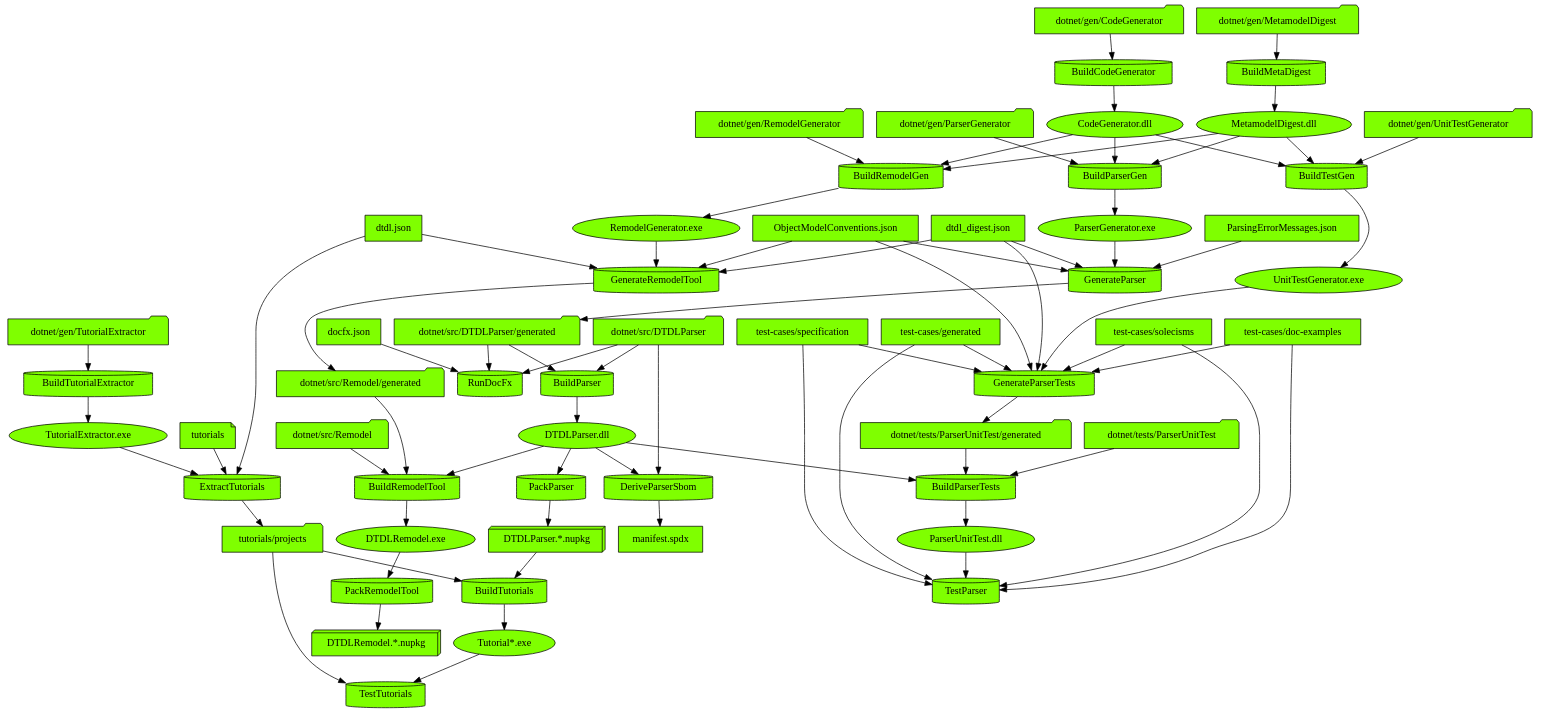
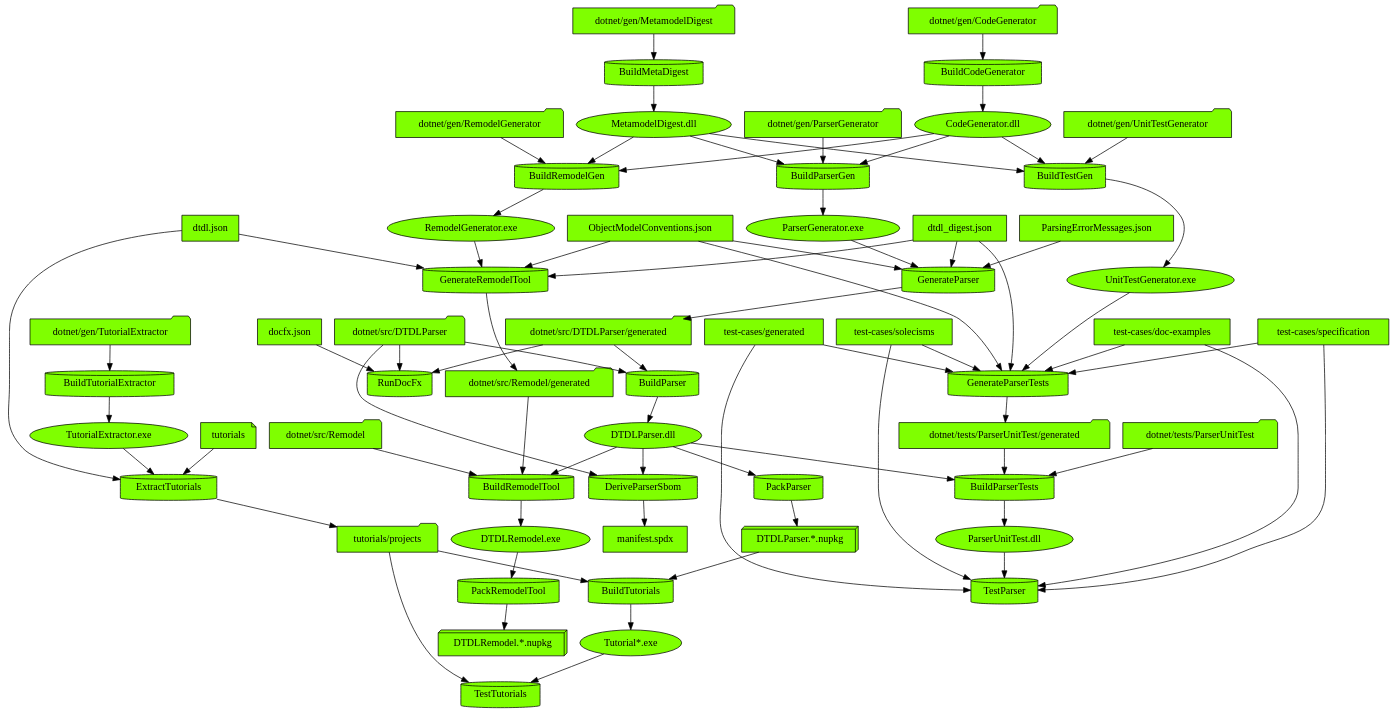
One commit to digitaltwinconsortium/DTDLParser changed the diagram in images/input/generated/DevelopFlowDiagram.dot. Above: the diagram before and after it, drawn with Graphviz. The commit also changed other lines of this file and 3673 other files, not shown here.

```diff
--- a/images/input/generated/DevelopFlowDiagram.dot
+++ b/images/input/generated/DevelopFlowDiagram.dot
@@ -1,131 +1,131 @@
 digraph {
   {
+    "BuildCodeGenerator" [shape=cylinder style=filled fillcolor=chartreuse]
+    "BuildMetaDigest" [shape=cylinder style=filled fillcolor=chartreuse]
+    "BuildParser" [shape=cylinder style=filled fillcolor=chartreuse]
     "BuildParserGen" [shape=cylinder style=filled fillcolor=chartreuse]
+    "BuildParserTests" [shape=cylinder style=filled fillcolor=chartreuse]
+    "BuildRemodelGen" [shape=cylinder style=filled fillcolor=chartreuse]
     "BuildRemodelTool" [shape=cylinder style=filled fillcolor=chartreuse]
+    "BuildTestGen" [shape=cylinder style=filled fillcolor=chartreuse]
+    "BuildTutorialExtractor" [shape=cylinder style=filled fillcolor=chartreuse]
+    "BuildTutorials" [shape=cylinder style=filled fillcolor=chartreuse]
+    "DeriveParserSbom" [shape=cylinder style=filled fillcolor=chartreuse]
     "ExtractTutorials" [shape=cylinder style=filled fillcolor=chartreuse]
-    "BuildTutorialExtractor" [shape=cylinder style=filled fillcolor=chartreuse]
+    "GenerateParser" [shape=cylinder style=filled fillcolor=chartreuse]
+    "GenerateParserTests" [shape=cylinder style=filled fillcolor=chartreuse]
+    "GenerateRemodelTool" [shape=cylinder style=filled fillcolor=chartreuse]
     "PackParser" [shape=cylinder style=filled fillcolor=chartreuse]
-    "BuildParserTests" [shape=cylinder style=filled fillcolor=chartreuse]
     "PackRemodelTool" [shape=cylinder style=filled fillcolor=chartreuse]
     "RunDocFx" [shape=cylinder style=filled fillcolor=chartreuse]
     "TestParser" [shape=cylinder style=filled fillcolor=chartreuse]
-    "GenerateParser" [shape=cylinder style=filled fillcolor=chartreuse]
     "TestTutorials" [shape=cylinder style=filled fillcolor=chartreuse]
-    "BuildRemodelGen" [shape=cylinder style=filled fillcolor=chartreuse]
-    "GenerateParserTests" [shape=cylinder style=filled fillcolor=chartreuse]
-    "DeriveParserSbom" [shape=cylinder style=filled fillcolor=chartreuse]
-    "BuildTutorials" [shape=cylinder style=filled fillcolor=chartreuse]
-    "BuildParser" [shape=cylinder style=filled fillcolor=chartreuse]
-    "BuildMetaDigest" [shape=cylinder style=filled fillcolor=chartreuse]
-    "BuildCodeGenerator" [shape=cylinder style=filled fillcolor=chartreuse]
-    "BuildTestGen" [shape=cylinder style=filled fillcolor=chartreuse]
-    "GenerateRemodelTool" [shape=cylinder style=filled fillcolor=chartreuse]
+    "dotnet/gen/CodeGenerator" [shape=folder style=filled fillcolor=chartreuse]
+    "CodeGenerator.dll" [shape=ellipse style=filled fillcolor=chartreuse]
+    "dotnet/gen/MetamodelDigest" [shape=folder style=filled fillcolor=chartreuse]
+    "MetamodelDigest.dll" [shape=ellipse style=filled fillcolor=chartreuse]
+    "dotnet/src/DTDLParser" [shape=folder style=filled fillcolor=chartreuse]
+    "dotnet/src/DTDLParser/generated" [shape=folder style=filled fillcolor=chartreuse]
+    "DTDLParser.dll" [shape=ellipse style=filled fillcolor=chartreuse]
     "dotnet/gen/ParserGenerator" [shape=folder style=filled fillcolor=chartreuse]
-    "MetamodelDigest.dll" [shape=ellipse style=filled fillcolor=chartreuse]
-    "CodeGenerator.dll" [shape=ellipse style=filled fillcolor=chartreuse]
     "ParserGenerator.exe" [shape=ellipse style=filled fillcolor=chartreuse]
-    "dotnet/src/Remodel" [shape=folder style=filled fillcolor=chartreuse]
-    "dotnet/src/Remodel/generated" [shape=folder style=filled fillcolor=chartreuse]
-    "DTDLParser.dll" [shape=ellipse style=filled fillcolor=chartreuse]
-    "DTDLRemodel.exe" [shape=ellipse style=filled fillcolor=chartreuse]
-    "TutorialExtractor.exe" [shape=ellipse style=filled fillcolor=chartreuse]
-    "dtdl.json" [shape=box style=filled fillcolor=chartreuse]
-    "tutorials" [shape=note style=filled fillcolor=chartreuse]
-    "tutorials/projects" [shape=folder style=filled fillcolor=chartreuse]
-    "dotnet/gen/TutorialExtractor" [shape=folder style=filled fillcolor=chartreuse]
-    "DTDLParser.*.nupkg" [shape=box3d style=filled fillcolor=chartreuse]
     "dotnet/tests/ParserUnitTest" [shape=folder style=filled fillcolor=chartreuse]
     "dotnet/tests/ParserUnitTest/generated" [shape=folder style=filled fillcolor=chartreuse]
     "ParserUnitTest.dll" [shape=ellipse style=filled fillcolor=chartreuse]
-    "DTDLRemodel.*.nupkg" [shape=box3d style=filled fillcolor=chartreuse]
-    "dotnet/src/DTDLParser" [shape=folder style=filled fillcolor=chartreuse]
-    "dotnet/src/DTDLParser/generated" [shape=folder style=filled fillcolor=chartreuse]
-    "docfx.json" [shape=box style=filled fillcolor=chartreuse]
+    "dotnet/gen/RemodelGenerator" [shape=folder style=filled fillcolor=chartreuse]
+    "RemodelGenerator.exe" [shape=ellipse style=filled fillcolor=chartreuse]
+    "dotnet/src/Remodel" [shape=folder style=filled fillcolor=chartreuse]
+    "dotnet/src/Remodel/generated" [shape=folder style=filled fillcolor=chartreuse]
+    "DTDLRemodel.exe" [shape=ellipse style=filled fillcolor=chartreuse]
+    "dotnet/gen/UnitTestGenerator" [shape=folder style=filled fillcolor=chartreuse]
+    "UnitTestGenerator.exe" [shape=ellipse style=filled fillcolor=chartreuse]
+    "dotnet/gen/TutorialExtractor" [shape=folder style=filled fillcolor=chartreuse]
+    "TutorialExtractor.exe" [shape=ellipse style=filled fillcolor=chartreuse]
+    "DTDLParser.*.nupkg" [shape=box3d style=filled fillcolor=chartreuse]
+    "tutorials/projects" [shape=folder style=filled fillcolor=chartreuse]
+    "Tutorial*.exe" [shape=ellipse style=filled fillcolor=chartreuse]
+    "manifest.spdx" [shape=box style=filled fillcolor=chartreuse]
+    "dtdl.json" [shape=box style=filled fillcolor=chartreuse]
+    "tutorials" [shape=note style=filled fillcolor=chartreuse]
+    "dtdl_digest.json" [shape=box style=filled fillcolor=chartreuse]
+    "ObjectModelConventions.json" [shape=box style=filled fillcolor=chartreuse]
+    "ParsingErrorMessages.json" [shape=box style=filled fillcolor=chartreuse]
     "test-cases/generated" [shape=box style=filled fillcolor=chartreuse]
     "test-cases/solecisms" [shape=box style=filled fillcolor=chartreuse]
     "test-cases/doc-examples" [shape=box style=filled fillcolor=chartreuse]
     "test-cases/specification" [shape=box style=filled fillcolor=chartreuse]
-    "dtdl_digest.json" [shape=box style=filled fillcolor=chartreuse]
-    "ObjectModelConventions.json" [shape=box style=filled fillcolor=chartreuse]
-    "ParsingErrorMessages.json" [shape=box style=filled fillcolor=chartreuse]
-    "Tutorial*.exe" [shape=ellipse style=filled fillcolor=chartreuse]
-    "dotnet/gen/RemodelGenerator" [shape=folder style=filled fillcolor=chartreuse]
-    "RemodelGenerator.exe" [shape=ellipse style=filled fillcolor=chartreuse]
-    "UnitTestGenerator.exe" [shape=ellipse style=filled fillcolor=chartreuse]
-    "manifest.spdx" [shape=box style=filled fillcolor=chartreuse]
-    "dotnet/gen/MetamodelDigest" [shape=folder style=filled fillcolor=chartreuse]
-    "dotnet/gen/CodeGenerator" [shape=folder style=filled fillcolor=chartreuse]
-    "dotnet/gen/UnitTestGenerator" [shape=folder style=filled fillcolor=chartreuse]
+    "DTDLRemodel.*.nupkg" [shape=box3d style=filled fillcolor=chartreuse]
+    "docfx.json" [shape=box style=filled fillcolor=chartreuse]
   }
+  "dotnet/gen/CodeGenerator" -> "BuildCodeGenerator"
+  "BuildCodeGenerator" -> "CodeGenerator.dll"
+  "dotnet/gen/MetamodelDigest" -> "BuildMetaDigest"
+  "BuildMetaDigest" -> "MetamodelDigest.dll"
+  "dotnet/src/DTDLParser" -> "BuildParser"
+  "dotnet/src/DTDLParser/generated" -> "BuildParser"
+  "BuildParser" -> "DTDLParser.dll"
   "dotnet/gen/ParserGenerator" -> "BuildParserGen"
   "MetamodelDigest.dll" -> "BuildParserGen"
   "CodeGenerator.dll" -> "BuildParserGen"
   "BuildParserGen" -> "ParserGenerator.exe"
+  "dotnet/tests/ParserUnitTest" -> "BuildParserTests"
+  "dotnet/tests/ParserUnitTest/generated" -> "BuildParserTests"
+  "DTDLParser.dll" -> "BuildParserTests"
+  "BuildParserTests" -> "ParserUnitTest.dll"
+  "dotnet/gen/RemodelGenerator" -> "BuildRemodelGen"
+  "MetamodelDigest.dll" -> "BuildRemodelGen"
+  "CodeGenerator.dll" -> "BuildRemodelGen"
+  "BuildRemodelGen" -> "RemodelGenerator.exe"
   "dotnet/src/Remodel" -> "BuildRemodelTool"
   "dotnet/src/Remodel/generated" -> "BuildRemodelTool"
   "DTDLParser.dll" -> "BuildRemodelTool"
   "BuildRemodelTool" -> "DTDLRemodel.exe"
+  "dotnet/gen/UnitTestGenerator" -> "BuildTestGen"
+  "MetamodelDigest.dll" -> "BuildTestGen"
+  "CodeGenerator.dll" -> "BuildTestGen"
+  "BuildTestGen" -> "UnitTestGenerator.exe"
+  "dotnet/gen/TutorialExtractor" -> "BuildTutorialExtractor"
+  "BuildTutorialExtractor" -> "TutorialExtractor.exe"
+  "DTDLParser.*.nupkg" -> "BuildTutorials"
+  "tutorials/projects" -> "BuildTutorials"
+  "BuildTutorials" -> "Tutorial*.exe"
+  "DTDLParser.dll" -> "DeriveParserSbom"
+  "dotnet/src/DTDLParser" -> "DeriveParserSbom"
+  "DeriveParserSbom" -> "manifest.spdx"
   "TutorialExtractor.exe" -> "ExtractTutorials"
   "dtdl.json" -> "ExtractTutorials"
   "tutorials" -> "ExtractTutorials"
   "ExtractTutorials" -> "tutorials/projects"
-  "dotnet/gen/TutorialExtractor" -> "BuildTutorialExtractor"
-  "BuildTutorialExtractor" -> "TutorialExtractor.exe"
+  "ParserGenerator.exe" -> "GenerateParser"
+  "dtdl_digest.json" -> "GenerateParser"
+  "ObjectModelConventions.json" -> "GenerateParser"
+  "ParsingErrorMessages.json" -> "GenerateParser"
+  "GenerateParser" -> "dotnet/src/DTDLParser/generated"
+  "UnitTestGenerator.exe" -> "GenerateParserTests"
+  "dtdl_digest.json" -> "GenerateParserTests"
+  "ObjectModelConventions.json" -> "GenerateParserTests"
+  "test-cases/generated" -> "GenerateParserTests"
+  "test-cases/solecisms" -> "GenerateParserTests"
+  "test-cases/doc-examples" -> "GenerateParserTests"
+  "test-cases/specification" -> "GenerateParserTests"
+  "GenerateParserTests" -> "dotnet/tests/ParserUnitTest/generated"
+  "RemodelGenerator.exe" -> "GenerateRemodelTool"
+  "dtdl.json" -> "GenerateRemodelTool"
+  "dtdl_digest.json" -> "GenerateRemodelTool"
+  "ObjectModelConventions.json" -> "GenerateRemodelTool"
+  "GenerateRemodelTool" -> "dotnet/src/Remodel/generated"
   "DTDLParser.dll" -> "PackParser"
   "PackParser" -> "DTDLParser.*.nupkg"
-  "dotnet/tests/ParserUnitTest" -> "BuildParserTests"
-  "dotnet/tests/ParserUnitTest/generated" -> "BuildParserTests"
-  "DTDLParser.dll" -> "BuildParserTests"
-  "BuildParserTests" -> "ParserUnitTest.dll"
   "DTDLRemodel.exe" -> "PackRemodelTool"
   "PackRemodelTool" -> "DTDLRemodel.*.nupkg"
   "dotnet/src/DTDLParser" -> "RunDocFx"
   "dotnet/src/DTDLParser/generated" -> "RunDocFx"
   "docfx.json" -> "RunDocFx"
   "ParserUnitTest.dll" -> "TestParser"
   "test-cases/generated" -> "TestParser"
   "test-cases/solecisms" -> "TestParser"
   "test-cases/doc-examples" -> "TestParser"
   "test-cases/specification" -> "TestParser"
-  "ParserGenerator.exe" -> "GenerateParser"
-  "dtdl_digest.json" -> "GenerateParser"
-  "ObjectModelConventions.json" -> "GenerateParser"
-  "ParsingErrorMessages.json" -> "GenerateParser"
-  "GenerateParser" -> "dotnet/src/DTDLParser/generated"
   "Tutorial*.exe" -> "TestTutorials"
   "tutorials/projects" -> "TestTutorials"
-  "dotnet/gen/RemodelGenerator" -> "BuildRemodelGen"
-  "MetamodelDigest.dll" -> "BuildRemodelGen"
-  "CodeGenerator.dll" -> "BuildRemodelGen"
-  "BuildRemodelGen" -> "RemodelGenerator.exe"
-  "UnitTestGenerator.exe" -> "GenerateParserTests"
-  "dtdl_digest.json" -> "GenerateParserTests"
-  "ObjectModelConventions.json" -> "GenerateParserTests"
-  "test-cases/generated" -> "GenerateParserTests"
-  "test-cases/solecisms" -> "GenerateParserTests"
-  "test-cases/doc-examples" -> "GenerateParserTests"
-  "test-cases/specification" -> "GenerateParserTests"
-  "GenerateParserTests" -> "dotnet/tests/ParserUnitTest/generated"
-  "DTDLParser.dll" -> "DeriveParserSbom"
-  "dotnet/src/DTDLParser" -> "DeriveParserSbom"
-  "DeriveParserSbom" -> "manifest.spdx"
-  "DTDLParser.*.nupkg" -> "BuildTutorials"
-  "tutorials/projects" -> "BuildTutorials"
-  "BuildTutorials" -> "Tutorial*.exe"
-  "dotnet/src/DTDLParser" -> "BuildParser"
-  "dotnet/src/DTDLParser/generated" -> "BuildParser"
-  "BuildParser" -> "DTDLParser.dll"
-  "dotnet/gen/MetamodelDigest" -> "BuildMetaDigest"
-  "BuildMetaDigest" -> "MetamodelDigest.dll"
-  "dotnet/gen/CodeGenerator" -> "BuildCodeGenerator"
-  "BuildCodeGenerator" -> "CodeGenerator.dll"
-  "dotnet/gen/UnitTestGenerator" -> "BuildTestGen"
-  "MetamodelDigest.dll" -> "BuildTestGen"
-  "CodeGenerator.dll" -> "BuildTestGen"
-  "BuildTestGen" -> "UnitTestGenerator.exe"
-  "RemodelGenerator.exe" -> "GenerateRemodelTool"
-  "dtdl.json" -> "GenerateRemodelTool"
-  "dtdl_digest.json" -> "GenerateRemodelTool"
-  "ObjectModelConventions.json" -> "GenerateRemodelTool"
-  "GenerateRemodelTool" -> "dotnet/src/Remodel/generated"
 }
```
